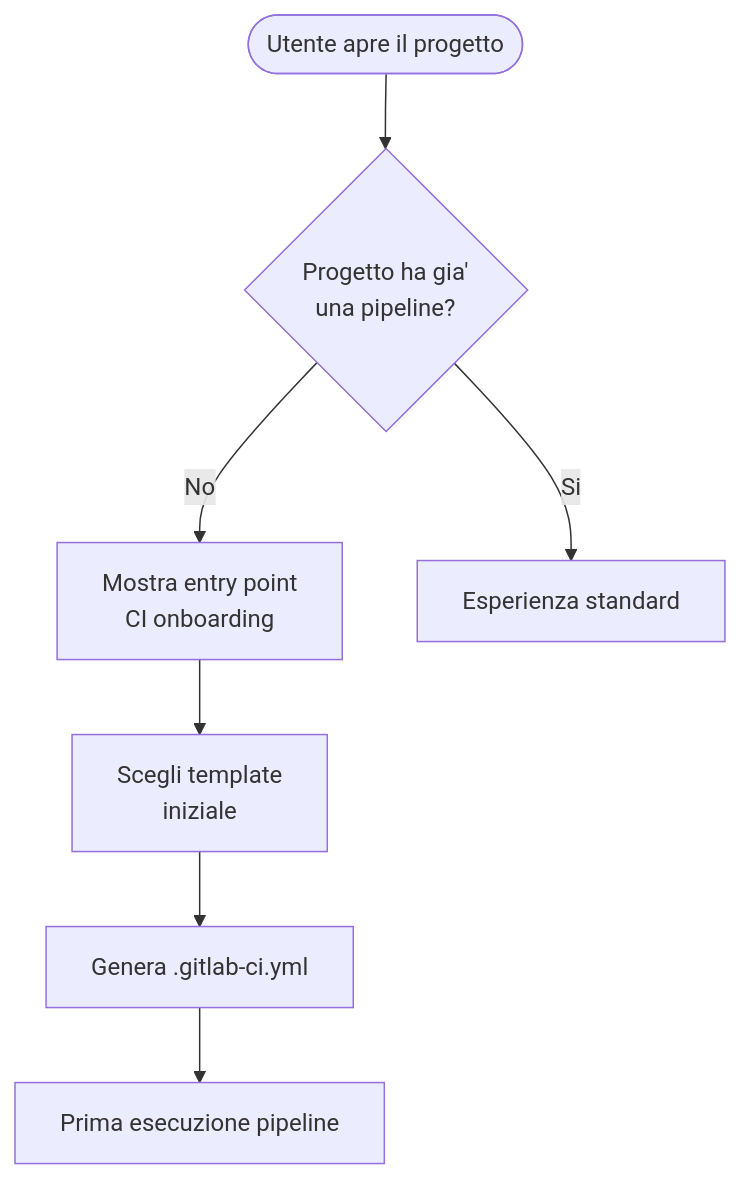
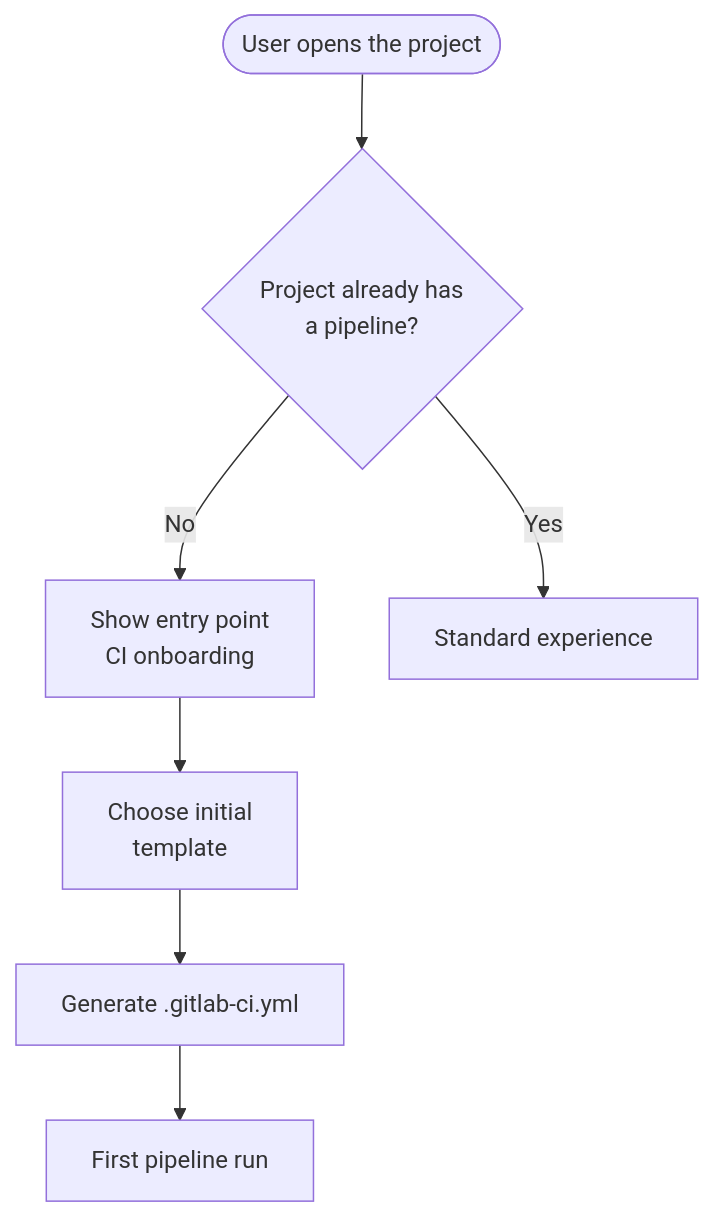
The third of 3 diagrams in gitlab-issue/references/mermaid-diagrams.md (codeskine/gitlab-workflow), drawn with Mermaid before and after one commit. The commit also changed other lines of this file and 9 other files, not shown here.

First line of the commit message:
fix(reference): translate mermaid-diagrams.md to English, remove hardcoded Italian label rule (#5)

````diff
--- a/gitlab-issue/references/mermaid-diagrams.md
+++ b/gitlab-issue/references/mermaid-diagrams.md
@@ -89,17 +89,17 @@
 ```mermaid
 flowchart TD
-    start([Utente apre il progetto])
-    hasCI{Progetto ha gia'<br/>una pipeline?}
-    showEntry[Mostra entry point<br/>CI onboarding]
-    skipEntry[Esperienza standard]
-    chooseTemplate[Scegli template<br/>iniziale]
-    generateYaml[Genera .gitlab-ci.yml]
-    firstRun[Prima esecuzione pipeline]
+    start([User opens the project])
+    hasCI{Project already has<br/>a pipeline?}
+    showEntry[Show entry point<br/>CI onboarding]
+    skipEntry[Standard experience]
+    chooseTemplate[Choose initial<br/>template]
+    generateYaml[Generate .gitlab-ci.yml]
+    firstRun[First pipeline run]
 
     start --> hasCI
     hasCI -->|No| showEntry
-    hasCI -->|Si| skipEntry
+    hasCI -->|Yes| skipEntry
     showEntry --> chooseTemplate
     chooseTemplate --> generateYaml
     generateYaml --> firstRun
 ```
````
